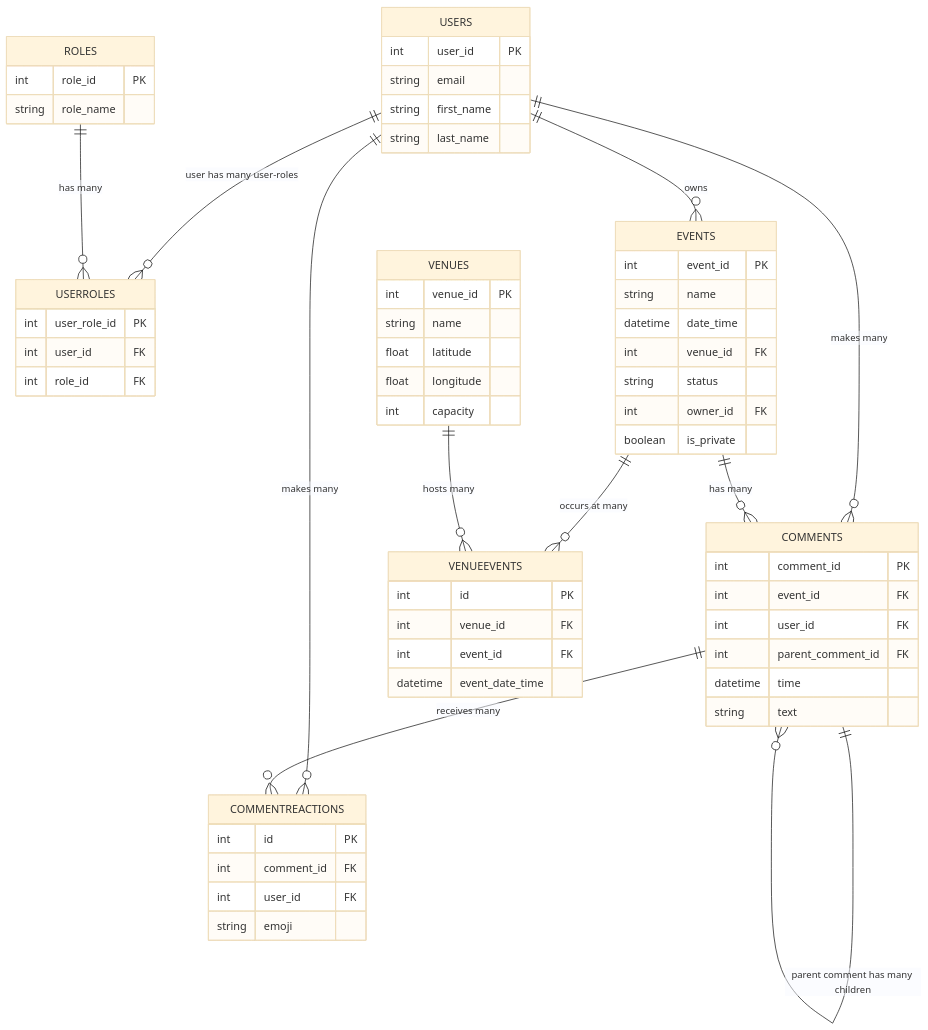
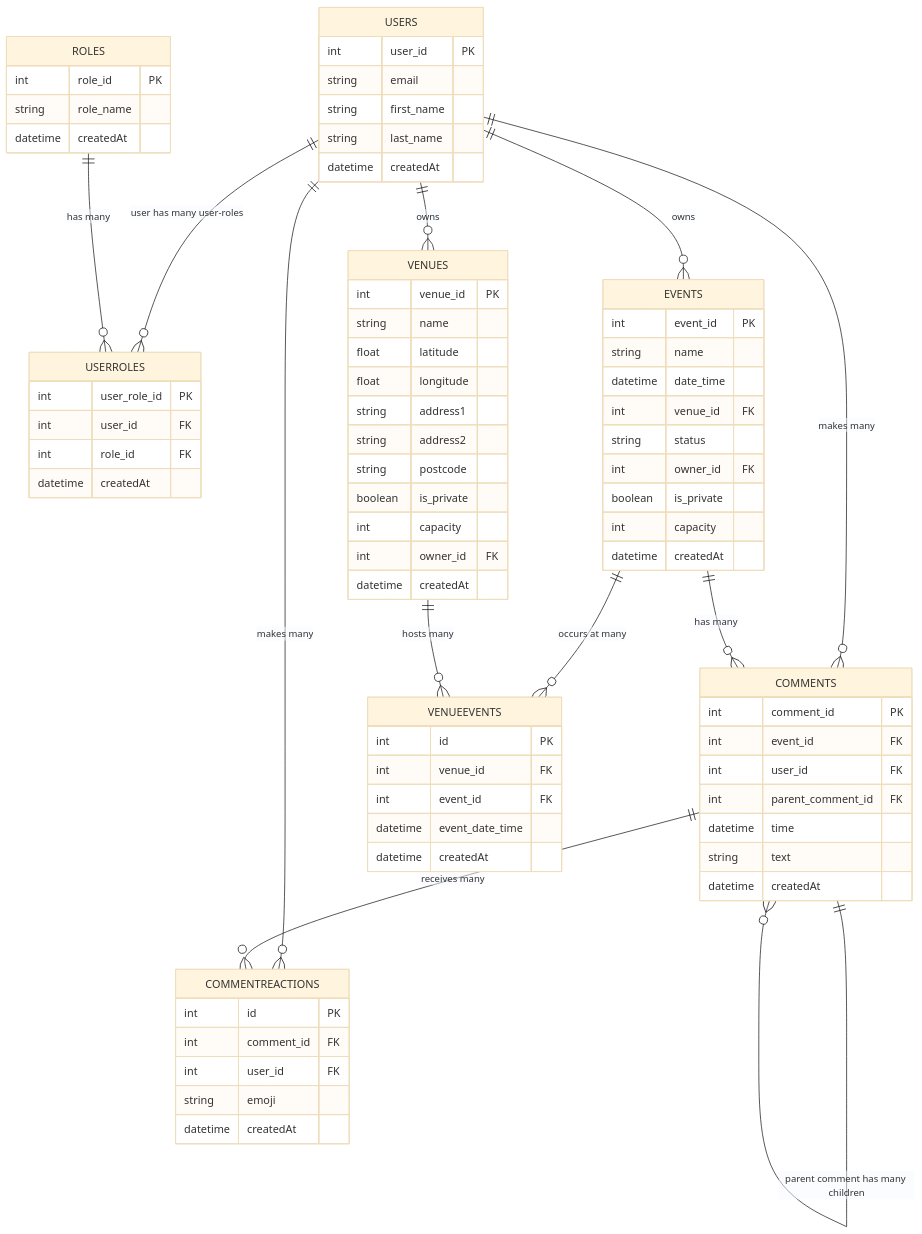
One commit to rossmawd/silver-spoon changed the diagram in relational-db-mark-one.mermaid. Above: the diagram before and after it, drawn with Mermaid (base theme).

Commit message:
added various properties and allowing Venue to be owned by a user

```diff
--- a/relational-db-mark-one.mermaid
+++ b/relational-db-mark-one.mermaid
@@ -1,71 +1,86 @@
 erDiagram
 
     USERS {
         int user_id PK
         string email
         string first_name
         string last_name
+        datetime createdAt
     }
     
     ROLES {
         int role_id PK
         string role_name
+        datetime createdAt
     }
     
     USERROLES {
         int user_role_id PK
         int user_id FK
         int role_id FK
+        datetime createdAt
     }
     
-      EVENTS {
+    EVENTS {
         int event_id PK
         string name
         datetime date_time
         int venue_id FK
         string status
         int owner_id FK
         boolean is_private
+        int capacity
+        datetime createdAt
     }
     
     VENUES {
         int venue_id PK
         string name
         float latitude
         float longitude
+        string address1
+        string address2
+        string postcode
+        boolean is_private
         int capacity
+        int owner_id FK
+        datetime createdAt
     }
     
     COMMENTS {
         int comment_id PK
         int event_id FK
         int user_id FK
         int parent_comment_id FK
         datetime time
         string text
+        datetime createdAt
     }
     
     COMMENTREACTIONS {
         int id PK
         int comment_id FK
         int user_id FK
         string emoji
+        datetime createdAt
     }
     
     VENUEEVENTS {
         int id PK
         int venue_id FK
         int event_id FK
         datetime event_date_time
+        datetime createdAt
     }
 
     USERS ||--o{ USERROLES: "user has many user-roles"
     ROLES ||--o{ USERROLES: "has many"
     USERS ||--o{ EVENTS: "owns"
+    USERS ||--o{ VENUES: "owns"
     USERS ||--o{ COMMENTS: "makes many"
     USERS ||--o{ COMMENTREACTIONS: "makes many"
     EVENTS ||--o{ COMMENTS: "has many"
     EVENTS ||--o{ VENUEEVENTS: "occurs at many"
     COMMENTS ||--o{ COMMENTREACTIONS: "receives many"
     COMMENTS ||--o{ COMMENTS: "parent comment has many children"
     VENUES ||--o{ VENUEEVENTS: "hosts many"
```
